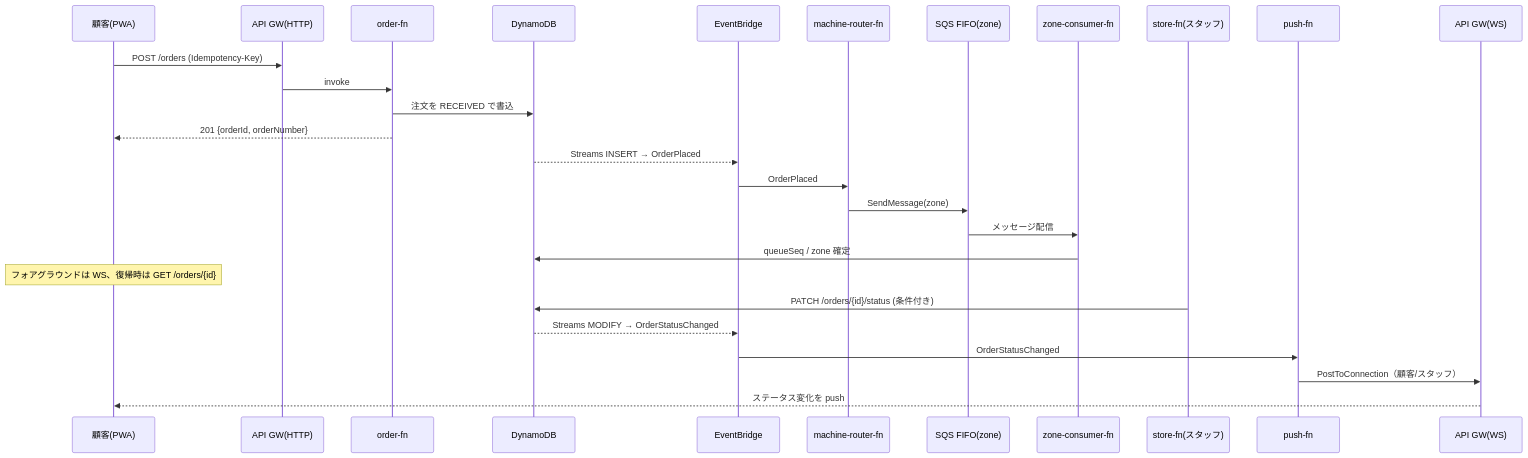
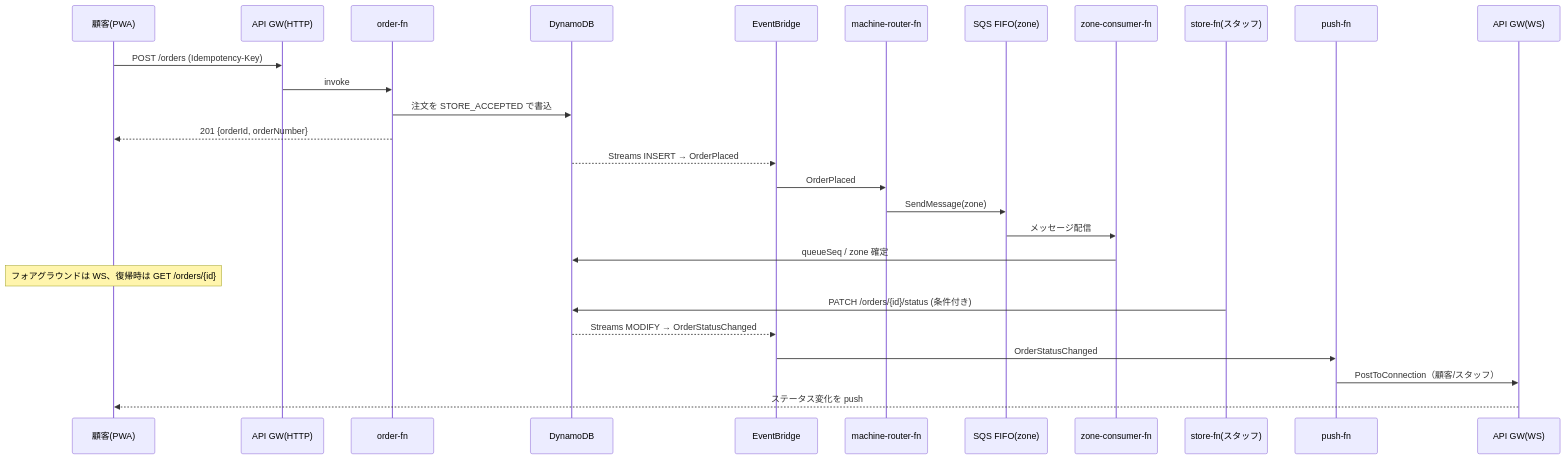
Before and after one commit to Masaharu1223/AWS_OrderSystem: the second of 2 diagrams in docs/architecture.md, drawn with Mermaid. The commit also changed other lines of this file and 3 other files, not shown here.

````diff
--- a/docs/architecture.md
+++ b/docs/architecture.md
@@ -313,30 +313,30 @@
 ```mermaid
 sequenceDiagram
     participant C as 顧客(PWA)
     participant H as API GW(HTTP)
     participant O as order-fn
     participant D as DynamoDB
     participant EB as EventBridge
     participant R as machine-router-fn
     participant Q as SQS FIFO(zone)
     participant Z as zone-consumer-fn
     participant S as store-fn(スタッフ)
     participant P as push-fn
     participant W as API GW(WS)
 
     C->>H: POST /orders (Idempotency-Key)
     H->>O: invoke
-    O->>D: 注文を RECEIVED で書込
+    O->>D: 注文を STORE_ACCEPTED で書込
     O-->>C: 201 {orderId, orderNumber}
     D-->>EB: Streams INSERT → OrderPlaced
     EB->>R: OrderPlaced
     R->>Q: SendMessage(zone)
     Q->>Z: メッセージ配信
     Z->>D: queueSeq / zone 確定
     Note over C: フォアグラウンドは WS、復帰時は GET /orders/{id}
     S->>D: PATCH /orders/{id}/status (条件付き)
     D-->>EB: Streams MODIFY → OrderStatusChanged
     EB->>P: OrderStatusChanged
     P->>W: PostToConnection（顧客/スタッフ）
     W-->>C: ステータス変化を push
 ```
````
